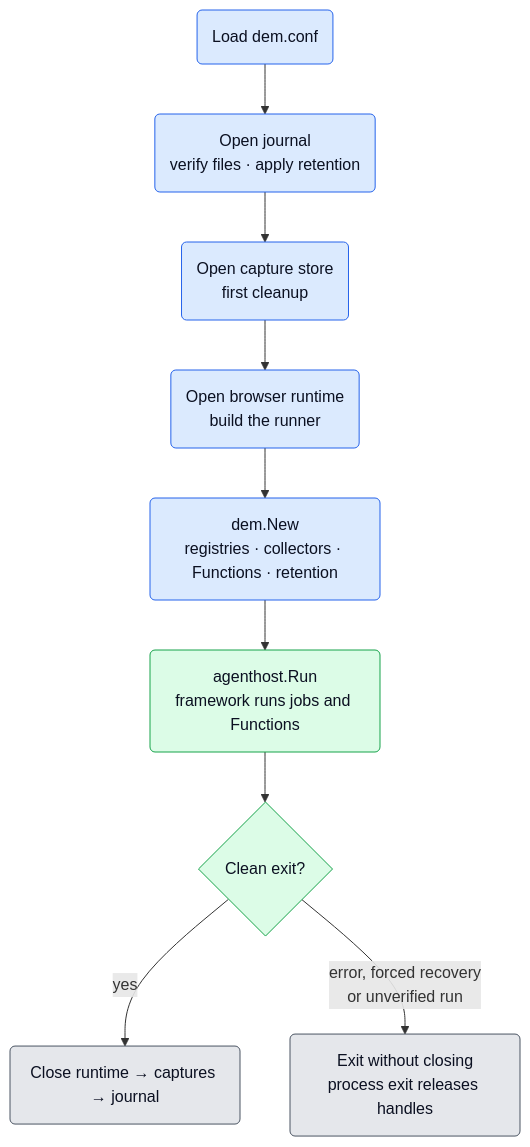
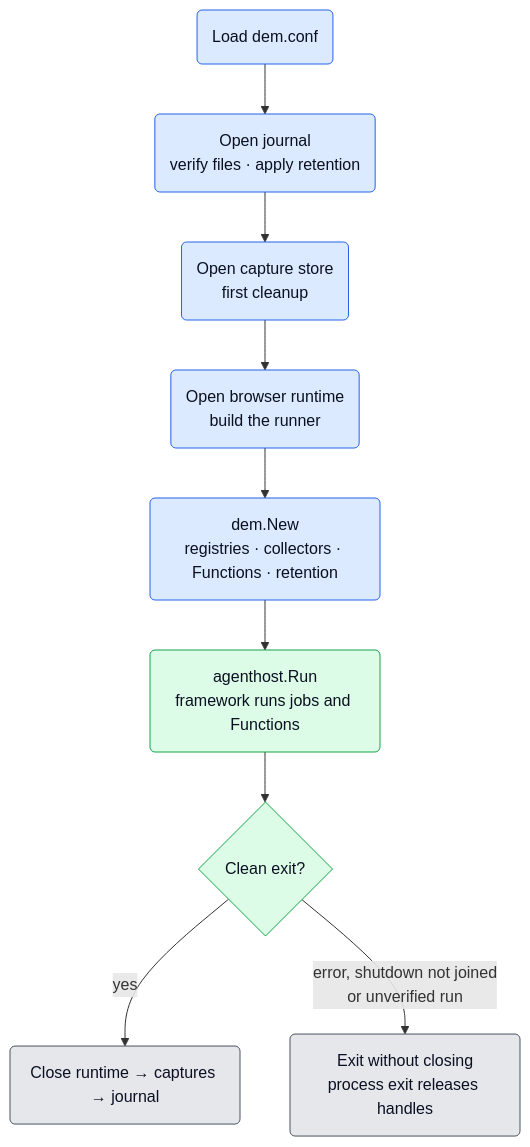
One commit to netdata/netdata changed the fifth of 7 diagrams in src/go/plugin/dem/ARCHITECTURE.md. Above: the diagram before and after it, drawn with Mermaid. The commit also changed other lines of this file, not shown here.

First line of the commit message:
docs(dem): correct run records, debug storage and package roles

````diff
--- a/src/go/plugin/dem/ARCHITECTURE.md
+++ b/src/go/plugin/dem/ARCHITECTURE.md
@@ -339,23 +345,23 @@
 ```mermaid
 flowchart TD
     Conf("Load dem.conf")
     Journal("Open journal<br/>verify files · apply retention")
     Art("Open capture store<br/>first cleanup")
     RT("Open browser runtime<br/>build the runner")
     Compose("dem.New<br/>registries · collectors · Functions · retention")
     Run("agenthost.Run<br/>framework runs jobs and Functions")
     Clean{"Clean exit?"}
     Close("Close runtime → captures → journal")
     Exit("Exit without closing<br/>process exit releases handles")
 
     Conf --> Journal --> Art --> RT --> Compose --> Run --> Clean
     Clean -->|"yes"| Close
-    Clean -->|"error, forced recovery<br/>or unverified run"| Exit
+    Clean -->|"error, shutdown not joined<br/>or unverified run"| Exit
 
     classDef step fill:#dbeafe,stroke:#2563eb,color:#0b1021;
     classDef run fill:#dcfce7,stroke:#16a34a,color:#0b1021;
     classDef done fill:#e5e7eb,stroke:#4b5563,color:#0b1021;
     class Conf,Journal,Art,RT,Compose step;
     class Run,Clean run;
     class Close,Exit done;
 ```
````
